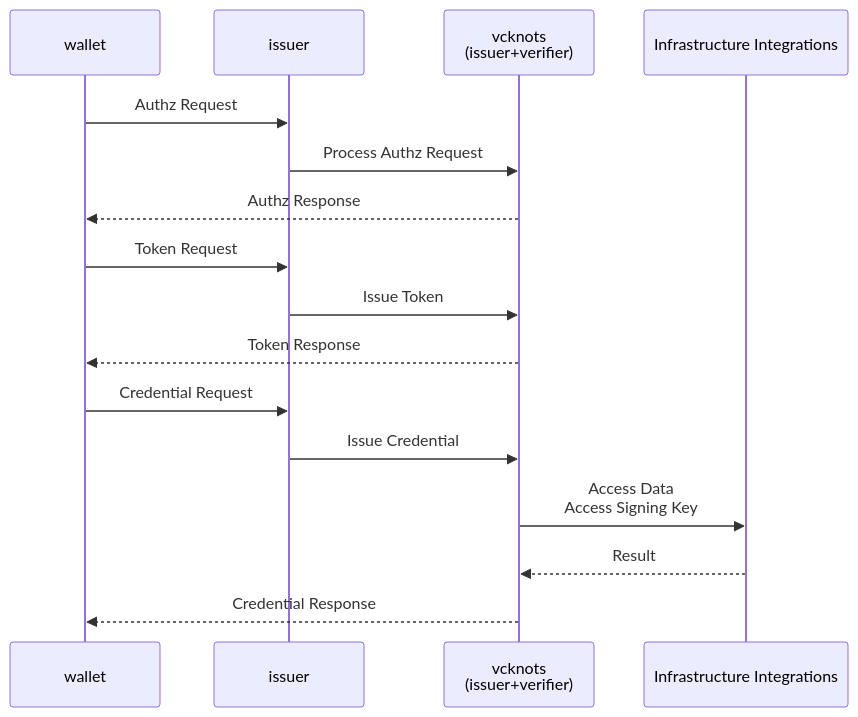
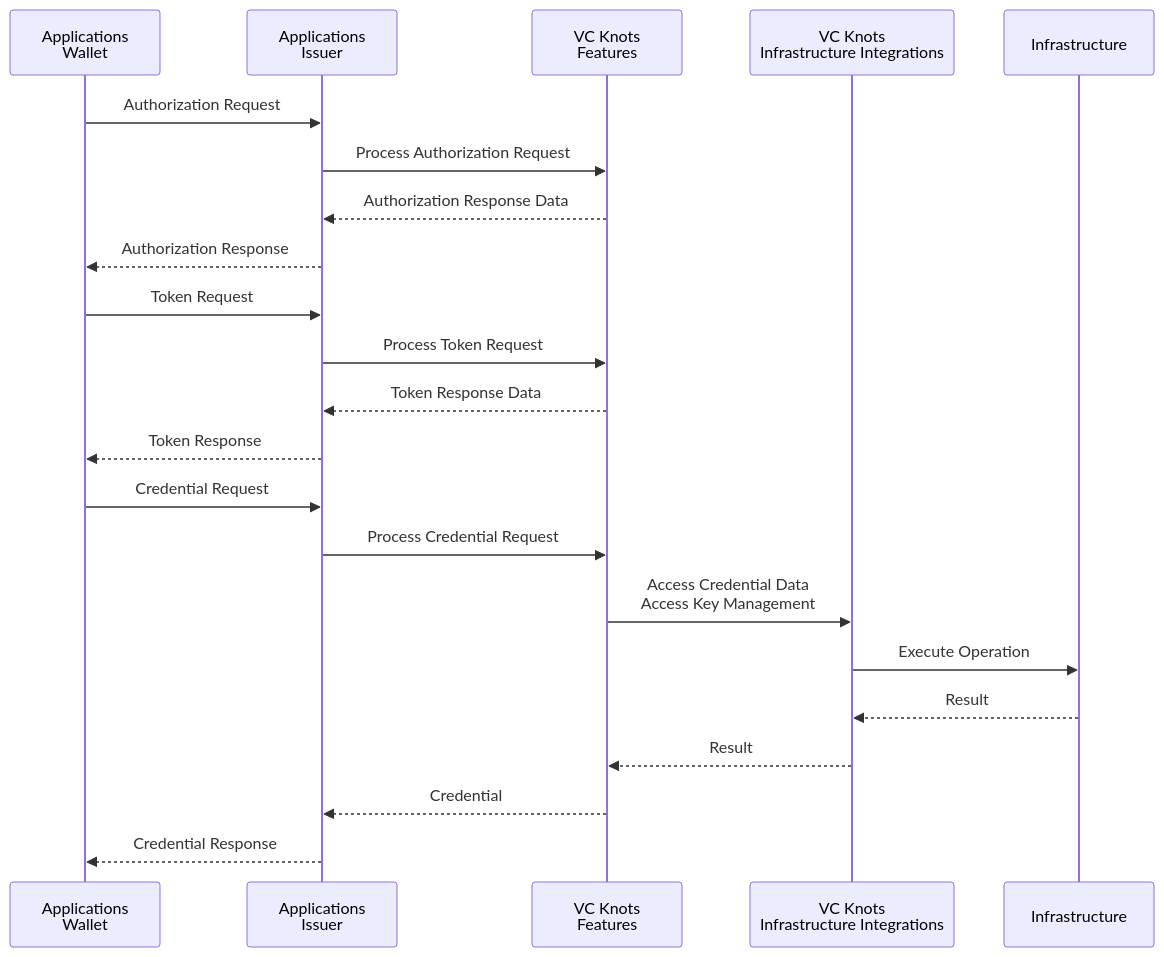
The first of 2 diagrams in docs/en/architecture-overview.md (trustknots/vcknots), drawn with Mermaid before and after one commit. The commit also changed other lines of this file and 5 other files, not shown here.

Commit message:
docs(architecture-overview): fix review comments

````diff
--- a/docs/en/architecture-overview.md
+++ b/docs/en/architecture-overview.md
@@ -143,24 +87,28 @@
 ```mermaid
 sequenceDiagram
 
-    participant wallet
-    participant issuer
-    participant vcknots as vcknots<br/>(issuer+verifier)
-    participant infra as Infrastructure Integrations
+    participant wallet as Applications<br/>Wallet
+    participant issuer as Applications<br/>Issuer
+    participant vcknots as VC Knots<br/>Features
+    participant infraint as VC Knots<br/>Infrastructure Integrations
+    participant infra as Infrastructure
 
-    wallet->>issuer: Authz Request
-    issuer->>vcknots: Process Authz Request
-    vcknots-->>wallet: Authz Response
+    wallet->>issuer: Authorization Request
+    issuer->>vcknots: Process Authorization Request
+    vcknots-->>issuer: Authorization Response Data
+    issuer-->>wallet: Authorization Response
 
     wallet->>issuer: Token Request
-    issuer->>vcknots: Issue Token
-    vcknots-->>wallet: Token Response
+    issuer->>vcknots: Process Token Request
+    vcknots-->>issuer: Token Response Data
+    issuer-->>wallet: Token Response
 
     wallet->>issuer: Credential Request
-    issuer->>vcknots: Issue Credential
-
-    vcknots->>infra: Access Data<br/>Access Signing Key
-    infra-->>vcknots: Result
-
-    vcknots-->>wallet: Credential Response
+    issuer->>vcknots: Process Credential Request
+    vcknots->>infraint: Access Credential Data<br/>Access Key Management
+    infraint->>infra: Execute Operation
+    infra-->>infraint: Result
+    infraint-->>vcknots: Result
+    vcknots-->>issuer: Credential
+    issuer-->>wallet: Credential Response
 ```
````
